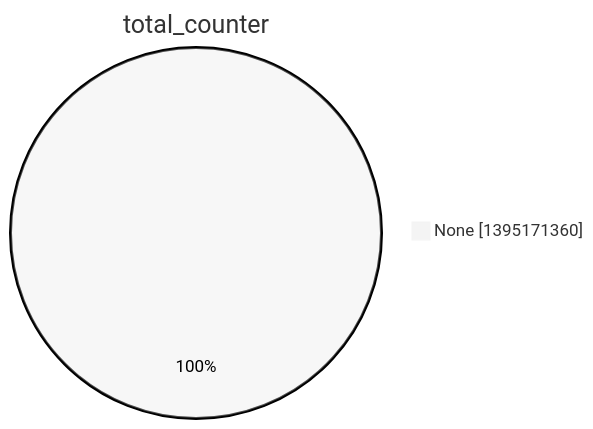
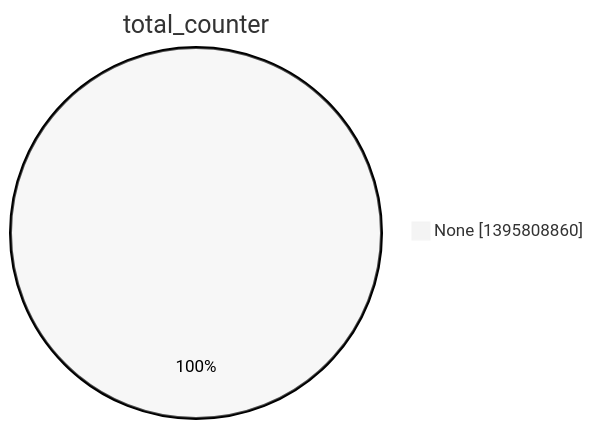
Before and after one commit to christiankrug/ctmonitor_visualization: the second of 15 diagrams in argon2022/README.md, drawn with Mermaid (neutral theme). The commit also changed other lines of this file, not shown here.

````diff
--- a/argon2022/README.md
+++ b/argon2022/README.md
@@ -9,5 +9,5 @@
 ```mermaid
 pie showData
 title total_counter
-"None" :1395171360
+"None" :1395808860
 ```
````
